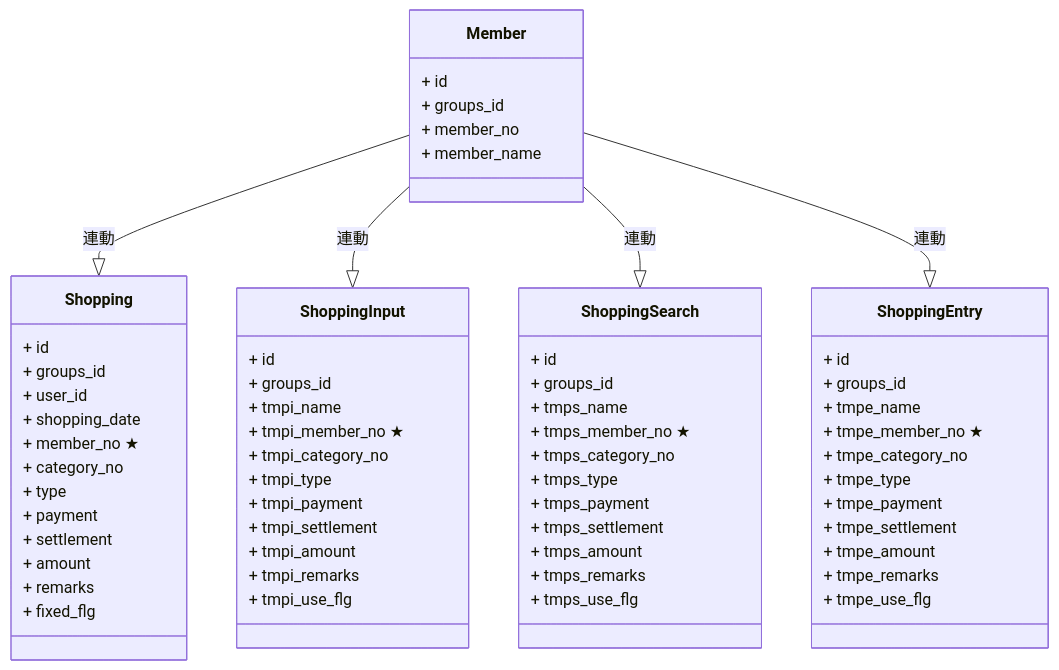
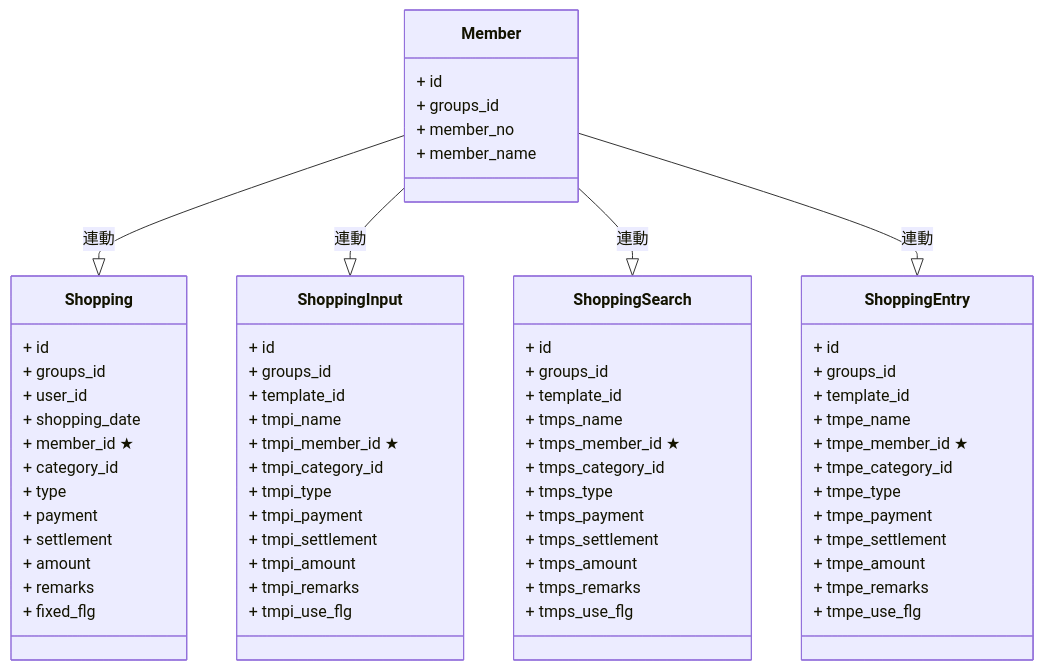
Before and after one commit to ryota-tojo/home: the diagram in server/etc/document/transaction/メンバー.md, drawn with Mermaid. The commit also changed 101 other files, not shown here.

````diff
--- a/server/etc/document/transaction/メンバー.md
+++ b/server/etc/document/transaction/メンバー.md
@@ -3,71 +3,74 @@
 ```mermaid
 classDiagram
     class Member {
         + id
         + groups_id
         + member_no
         + member_name
     }
 
     class Shopping {
         + id
         + groups_id
         + user_id
         + shopping_date
-        + member_no ★
-        + category_no
+        + member_id ★
+        + category_id
         + type
         + payment
         + settlement
         + amount
         + remarks
         + fixed_flg
     }
 
     class ShoppingInput {
         + id
         + groups_id
+        + template_id
         + tmpi_name
-        + tmpi_member_no ★
-        + tmpi_category_no
+        + tmpi_member_id ★
+        + tmpi_category_id
         + tmpi_type
         + tmpi_payment
         + tmpi_settlement
         + tmpi_amount
         + tmpi_remarks
         + tmpi_use_flg
     }
 
     class ShoppingSearch {
         + id
         + groups_id
+        + template_id
         + tmps_name
-        + tmps_member_no ★
-        + tmps_category_no
+        + tmps_member_id ★
+        + tmps_category_id
         + tmps_type
         + tmps_payment
         + tmps_settlement
         + tmps_amount
         + tmps_remarks
         + tmps_use_flg
     }
 
     class ShoppingEntry {
         + id
         + groups_id
+        + template_id
         + tmpe_name
-        + tmpe_member_no ★
-        + tmpe_category_no
+        + tmpe_member_id ★
+        + tmpe_category_id
         + tmpe_type
         + tmpe_payment
         + tmpe_settlement
         + tmpe_amount
         + tmpe_remarks
         + tmpe_use_flg
     }
 
     Member --|> Shopping: 連動
     Member --|> ShoppingInput: 連動
     Member --|> ShoppingSearch: 連動
     Member --|> ShoppingEntry: 連動
 ```
````
